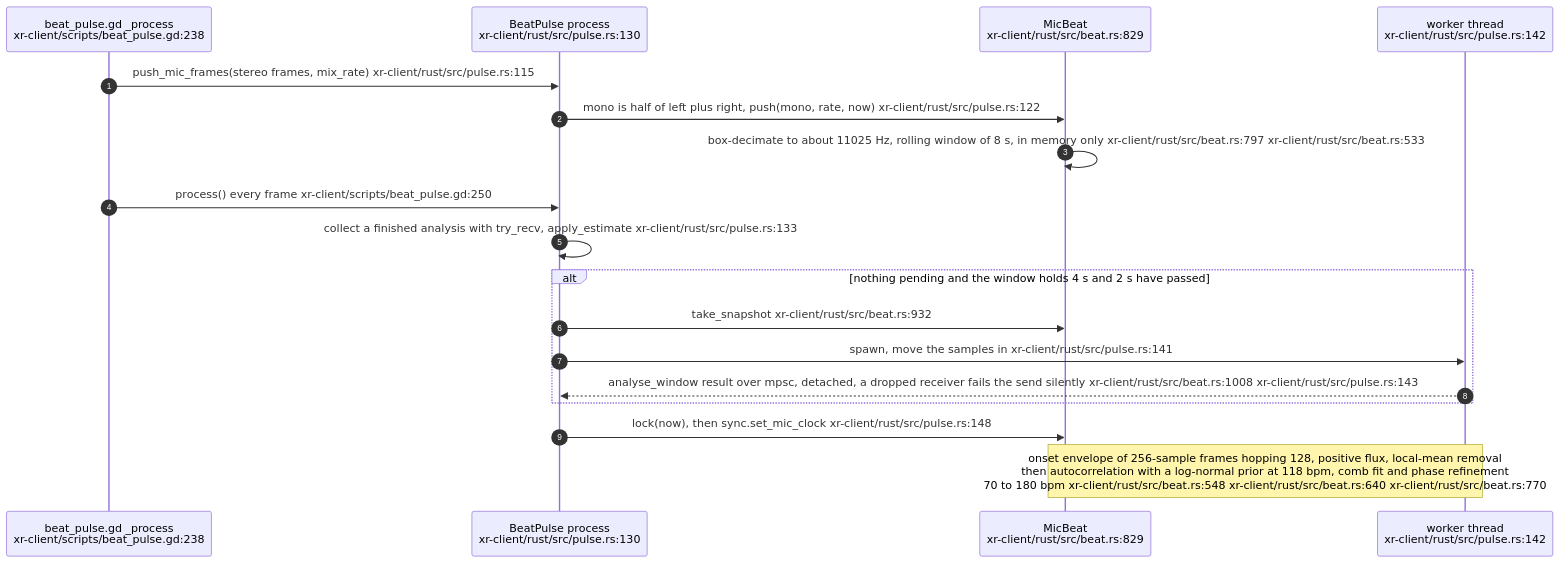
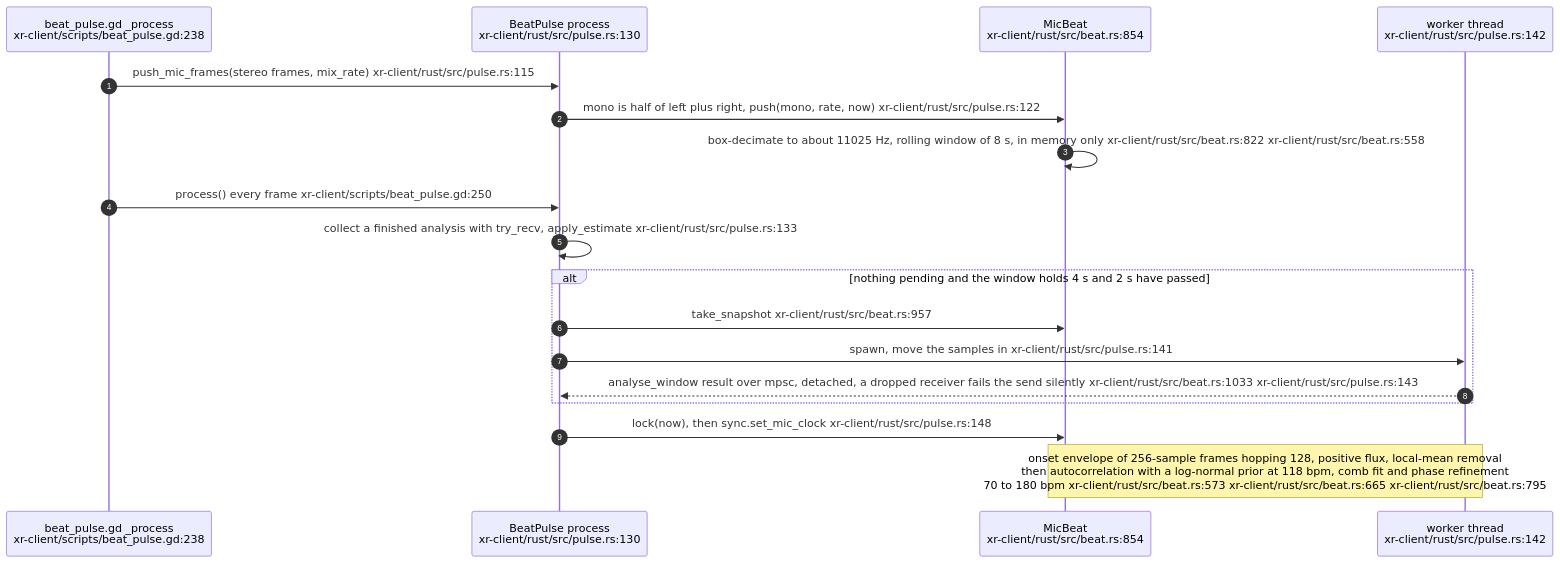
Before and after one commit to DreamLab-AI/VisionFlow: diagram 17 of 19 in docs/diagrams/visionclaw/38-xr-memory-cloud-internals.md, drawn with Mermaid. The commit also changed other lines of this file and 160 other files, not shown here.

````diff
--- a/docs/diagrams/visionclaw/38-xr-memory-cloud-internals.md
+++ b/docs/diagrams/visionclaw/38-xr-memory-cloud-internals.md
@@ -643,21 +643,21 @@
 ```mermaid
 sequenceDiagram
     autonumber
     participant GD as beat_pulse.gd _process<br/>xr-client/scripts/beat_pulse.gd:238
     participant BP as BeatPulse process<br/>xr-client/rust/src/pulse.rs:130
-    participant MB as MicBeat<br/>xr-client/rust/src/beat.rs:829
+    participant MB as MicBeat<br/>xr-client/rust/src/beat.rs:854
     participant W as worker thread<br/>xr-client/rust/src/pulse.rs:142
 
     GD->>BP: push_mic_frames(stereo frames, mix_rate) xr-client/rust/src/pulse.rs:115
     BP->>MB: mono is half of left plus right, push(mono, rate, now) xr-client/rust/src/pulse.rs:122
-    MB->>MB: box-decimate to about 11025 Hz, rolling window of 8 s, in memory only xr-client/rust/src/beat.rs:797 xr-client/rust/src/beat.rs:533
+    MB->>MB: box-decimate to about 11025 Hz, rolling window of 8 s, in memory only xr-client/rust/src/beat.rs:822 xr-client/rust/src/beat.rs:558
     GD->>BP: process() every frame xr-client/scripts/beat_pulse.gd:250
     BP->>BP: collect a finished analysis with try_recv, apply_estimate xr-client/rust/src/pulse.rs:133
     alt nothing pending and the window holds 4 s and 2 s have passed
-        BP->>MB: take_snapshot xr-client/rust/src/beat.rs:932
+        BP->>MB: take_snapshot xr-client/rust/src/beat.rs:957
         BP->>W: spawn, move the samples in xr-client/rust/src/pulse.rs:141
-        W-->>BP: analyse_window result over mpsc, detached, a dropped receiver fails the send silently xr-client/rust/src/beat.rs:1008 xr-client/rust/src/pulse.rs:143
+        W-->>BP: analyse_window result over mpsc, detached, a dropped receiver fails the send silently xr-client/rust/src/beat.rs:1033 xr-client/rust/src/pulse.rs:143
     end
     BP->>MB: lock(now), then sync.set_mic_clock xr-client/rust/src/pulse.rs:148
-    Note over MB,W: onset envelope of 256-sample frames hopping 128, positive flux, local-mean removal<br/>then autocorrelation with a log-normal prior at 118 bpm, comb fit and phase refinement<br/>70 to 180 bpm xr-client/rust/src/beat.rs:548 xr-client/rust/src/beat.rs:640 xr-client/rust/src/beat.rs:770
+    Note over MB,W: onset envelope of 256-sample frames hopping 128, positive flux, local-mean removal<br/>then autocorrelation with a log-normal prior at 118 bpm, comb fit and phase refinement<br/>70 to 180 bpm xr-client/rust/src/beat.rs:573 xr-client/rust/src/beat.rs:665 xr-client/rust/src/beat.rs:795
 ```
````
